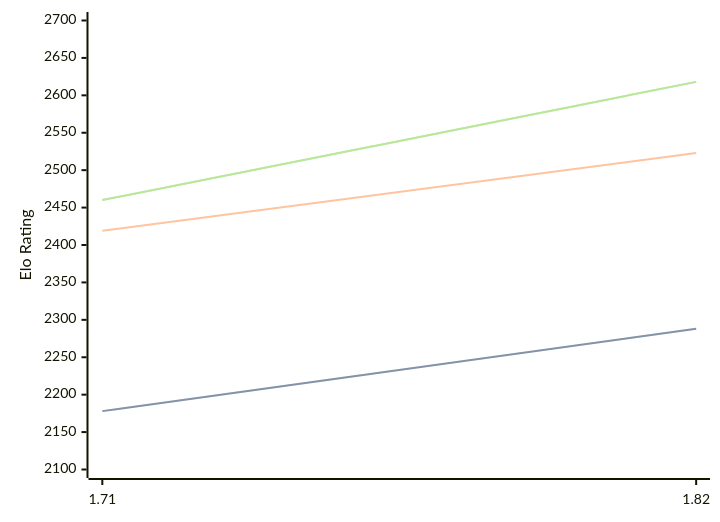
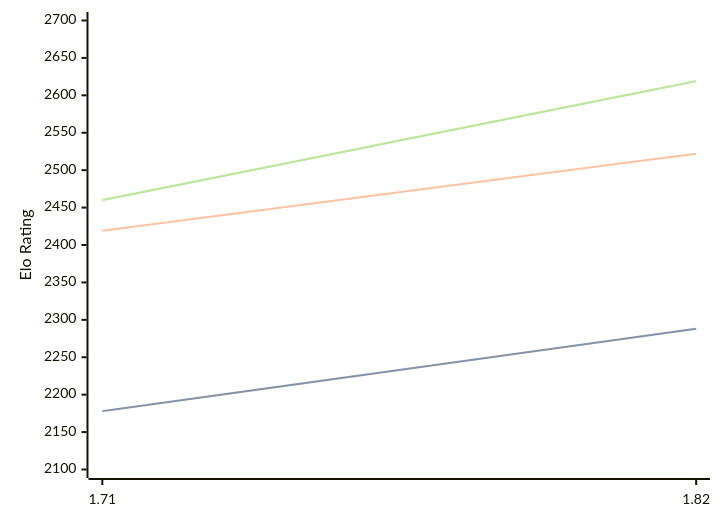
One commit to computer-chess-index/cci changed the diagram in engines/Amira.md. Above: the diagram before and after it, drawn with Mermaid. The commit also changed other lines of this file, not shown here.

Commit message:
Update CCI Ratings (ELO VLTC) - 2026-08-01

````diff
--- a/engines/Amira.md
+++ b/engines/Amira.md
@@ -35,11 +35,11 @@
 ```mermaid
 %%{init: {"theme":"base","themeVariables":{"seriesColors:['#a3a3a3','#222221','#faa371']}}}%%
 xychart-beta
   x-axis ["1.71", "1.82"]
   y-axis "Elo Rating" 2100 --> 2700
   line "STC (8.0+0.08s)" [2178, 2288]
   line "STC (8.0+0.08s)" [2178, 2288]
-  line "LTC (60.0+0.60s)" [2419, 2523]
-  line "VLTC (2m24s+1.12s)" [2460, 2618]
-  line "VLTC (2m24s+1.12s)" [2460, 2618]
+  line "LTC (60.0+0.60s)" [2419, 2522]
+  line "VLTC (2m24s+1.12s)" [2460, 2619]
+  line "VLTC (2m24s+1.12s)" [2460, 2619]
 ```
````
